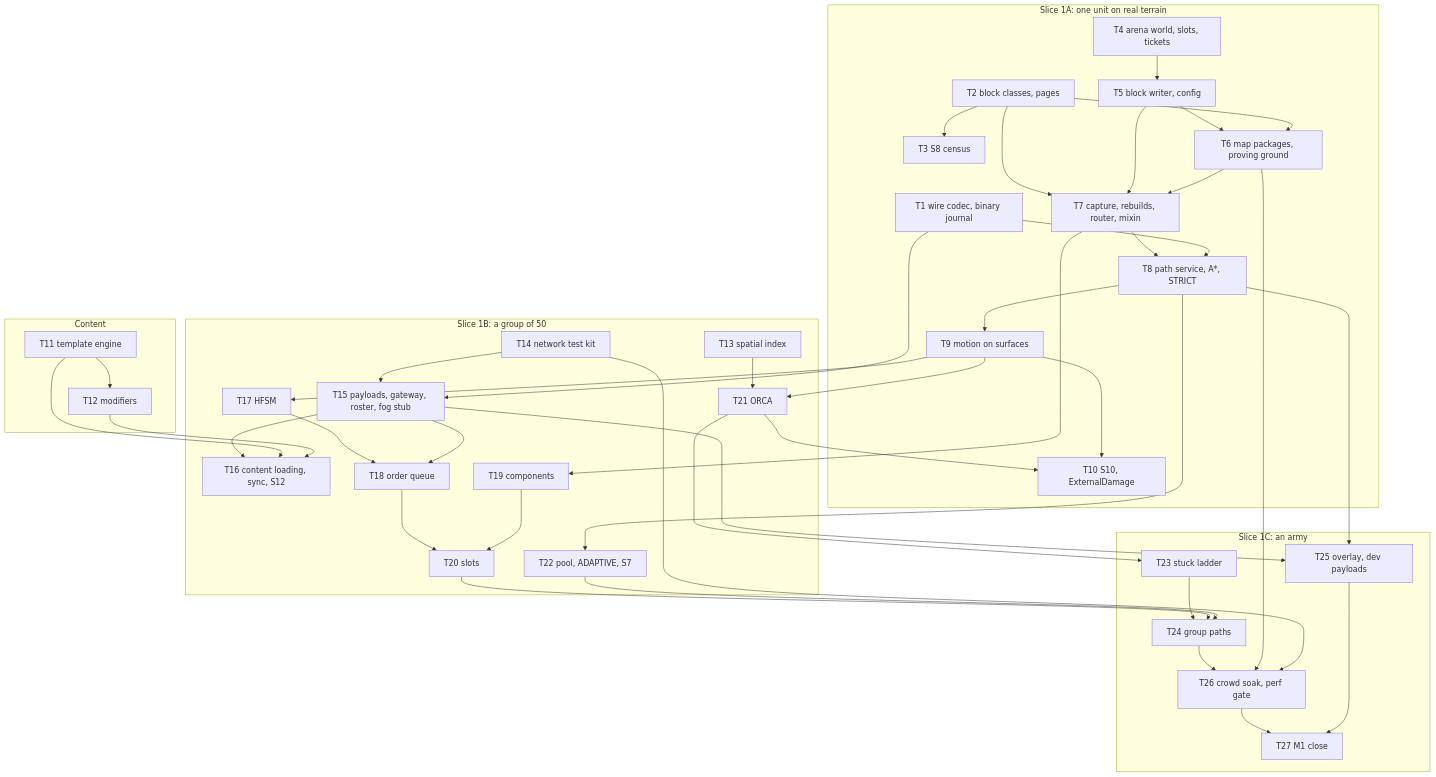
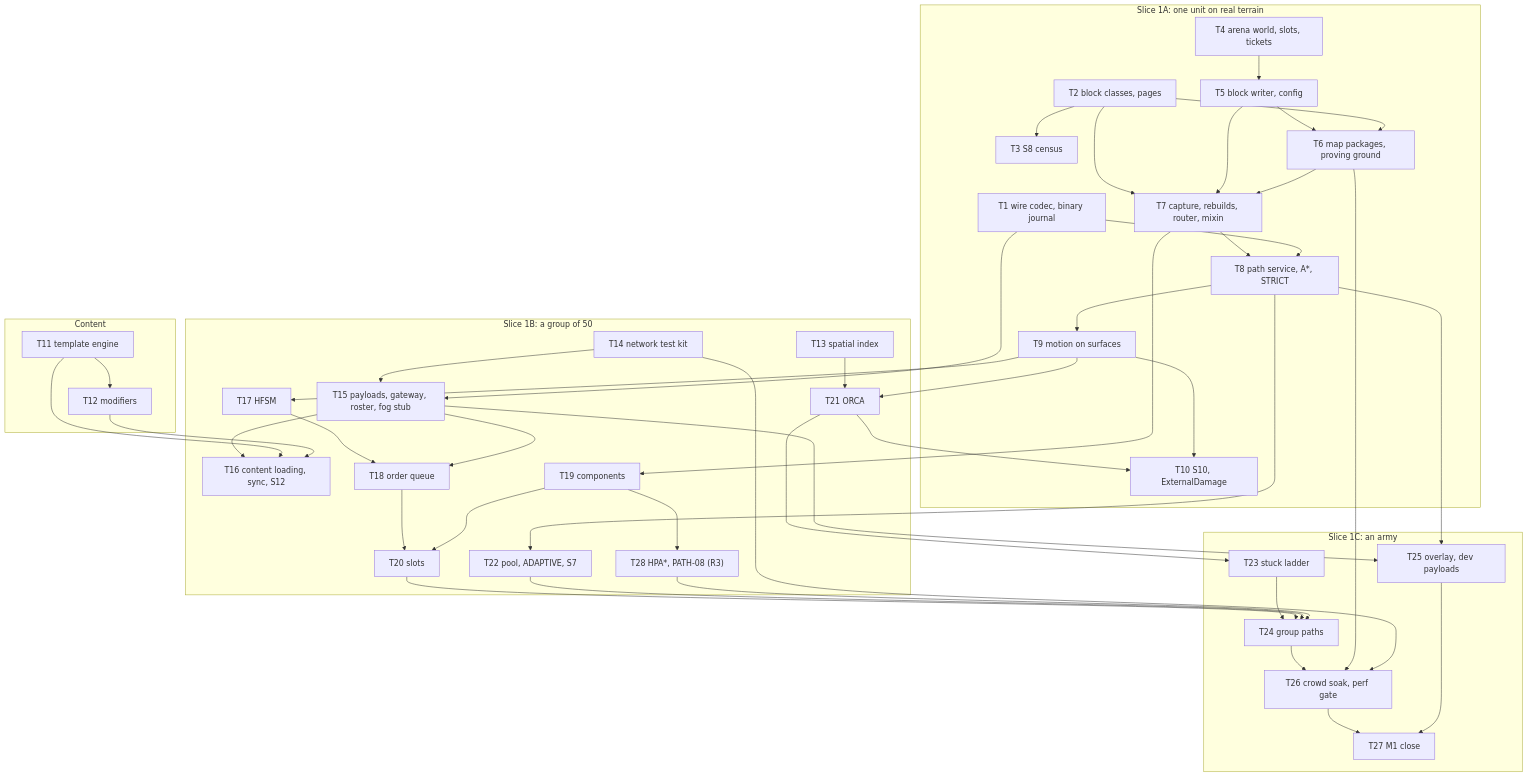
Before and after one commit to o-e-lytvynskyi/strategos: the third of 3 diagrams in docs/milestones/M1-movement.md, drawn with Mermaid. The commit also changed other lines of this file and 62 other files, not shown here.

````diff
--- a/docs/milestones/M1-movement.md
+++ b/docs/milestones/M1-movement.md
@@ -1271,46 +1283,48 @@
 ```mermaid
 flowchart TB
   subgraph A["Slice 1A: one unit on real terrain"]
     T1["T1 wire codec, binary journal"]
     T2["T2 block classes, pages"] --> T3["T3 S8 census"]
     T4["T4 arena world, slots, tickets"] --> T5["T5 block writer, config"] --> T6["T6 map packages, proving ground"]
     T2 --> T6
     T2 --> T7["T7 capture, rebuilds, router, mixin"]
     T5 --> T7
     T6 --> T7
     T7 --> T8["T8 path service, A*, STRICT"] --> T9["T9 motion on surfaces"] --> T10["T10 S10, ExternalDamage"]
     T1 --> T8
   end
   subgraph C["Content"]
     T11["T11 template engine"] --> T12["T12 modifiers"]
   end
   subgraph B["Slice 1B: a group of 50"]
     T13["T13 spatial index"]
     T14["T14 network test kit"] --> T15["T15 payloads, gateway, roster, fog stub"]
     T15 --> T16["T16 content loading, sync, S12"]
     T17["T17 HFSM"] --> T18["T18 order queue"]
     T15 --> T18
     T7 --> T19["T19 components"]
     T18 --> T20["T20 slots"]
     T19 --> T20
     T13 --> T21["T21 ORCA"]
     T8 --> T22["T22 pool, ADAPTIVE, S7"]
+    T19 --> T28["T28 HPA*, PATH-08 (R3)"]
   end
   subgraph X["Slice 1C: an army"]
     T23["T23 stuck ladder"] --> T24["T24 group paths"] --> T26["T26 crowd soak, perf gate"] --> T27["T27 M1 close"]
     T25["T25 overlay, dev payloads"] --> T27
   end
   T1 --> T15
   T11 --> T16
   T12 --> T16
   T9 --> T17
   T9 --> T21
   T21 --> T23
   T20 --> T24
   T22 --> T24
+  T28 --> T24
   T21 --> T10
   T15 --> T25
   T8 --> T25
   T6 --> T26
   T14 --> T26
 ```
````
